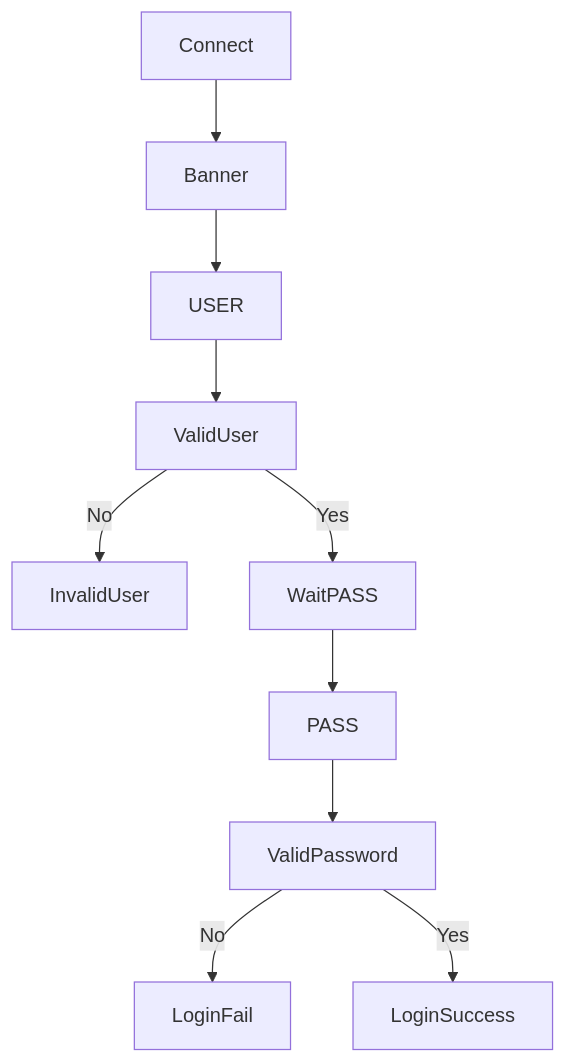
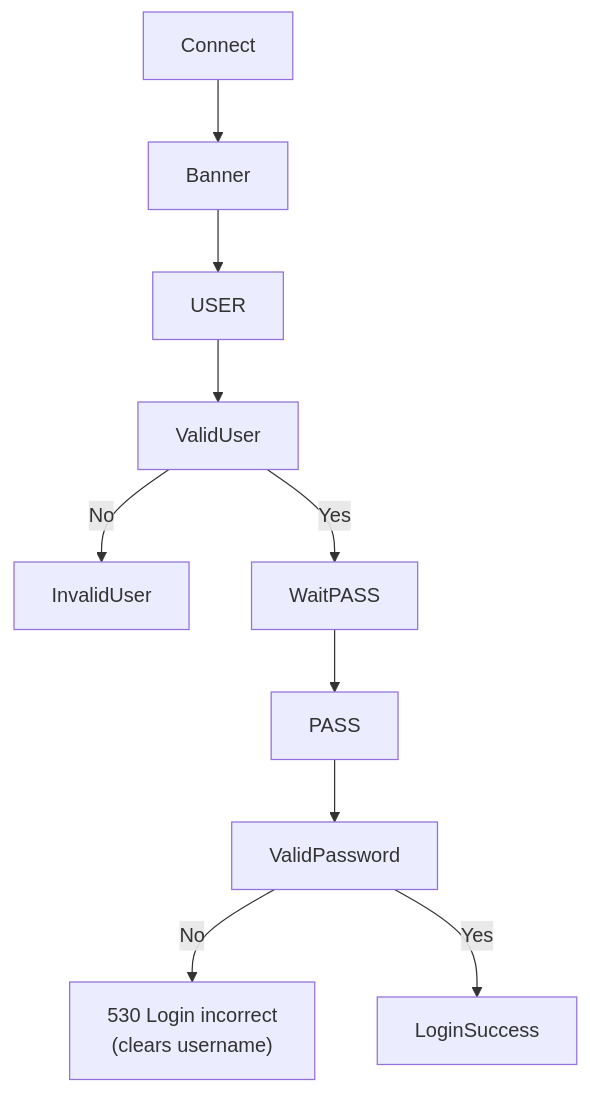
One commit to DrakyNeUwU/Hybrid-FTP-Socket changed the first of 6 diagrams in docs/report_role_a_week2.md. Above: the diagram before and after it, drawn with Mermaid. The commit also changed other lines of this file and 6 other files, not shown here.

````diff
--- a/docs/report_role_a_week2.md
+++ b/docs/report_role_a_week2.md
@@ -156,21 +167,21 @@
 ```mermaid
 flowchart TD
 
 Connect --> Banner
 
 Banner --> USER
 
 USER --> ValidUser
 
 ValidUser -- No --> InvalidUser
 
 ValidUser -- Yes --> WaitPASS
 
 WaitPASS --> PASS
 
 PASS --> ValidPassword
 
-ValidPassword -- No --> LoginFail
+ValidPassword -- No --> LoginFail["530 Login incorrect\n(clears username)"]
 
 ValidPassword -- Yes --> LoginSuccess
 ```
````
